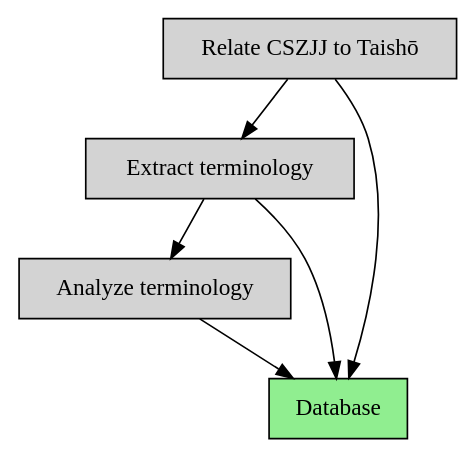
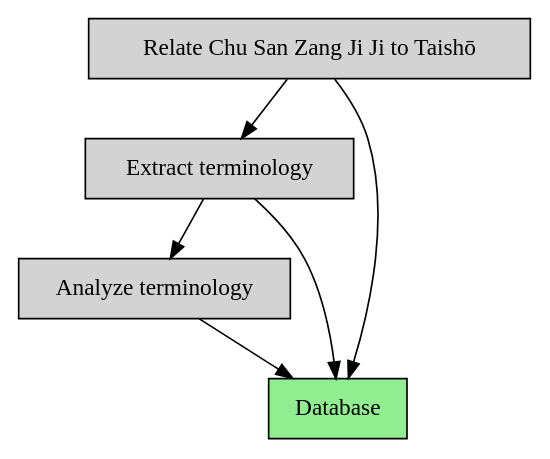
Before and after one commit to Silk-Road-Corpus/silk_road_corpus: the diagram in drawings/big_picture.dot, drawn with Graphviz. The commit also changed 8 other files, not shown here.

```diff
--- a/drawings/big_picture.dot
+++ b/drawings/big_picture.dot
@@ -1,13 +1,13 @@
 digraph D {
 
-  Relate [shape=box, fillcolor=lightgrey, style=filled, label="Relate CSZJJ to Taishō"]
+  Relate [shape=box, fillcolor=lightgrey, style=filled, label="Relate Chu San Zang Ji Ji to Taishō"]
   Extract [shape=box, fillcolor=lightgrey, style=filled, label="Extract terminology"]
   Analyze [shape=box, fillcolor=lightgrey, style=filled, label="Analyze terminology"]
   Database [shape=box, fillcolor=lightgreen, style=filled, label="Database"]
 
   Relate -> Extract
   Extract -> Analyze
   Relate -> Database
   Extract -> Database
   Analyze -> Database
 }
```
